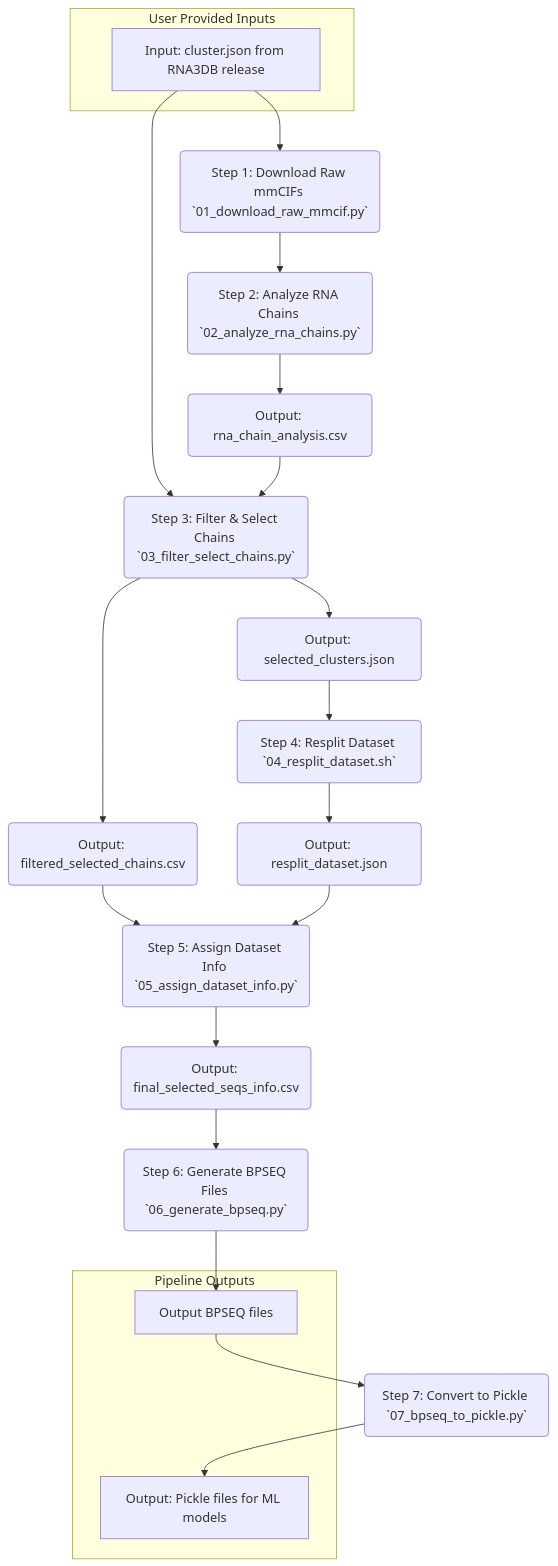
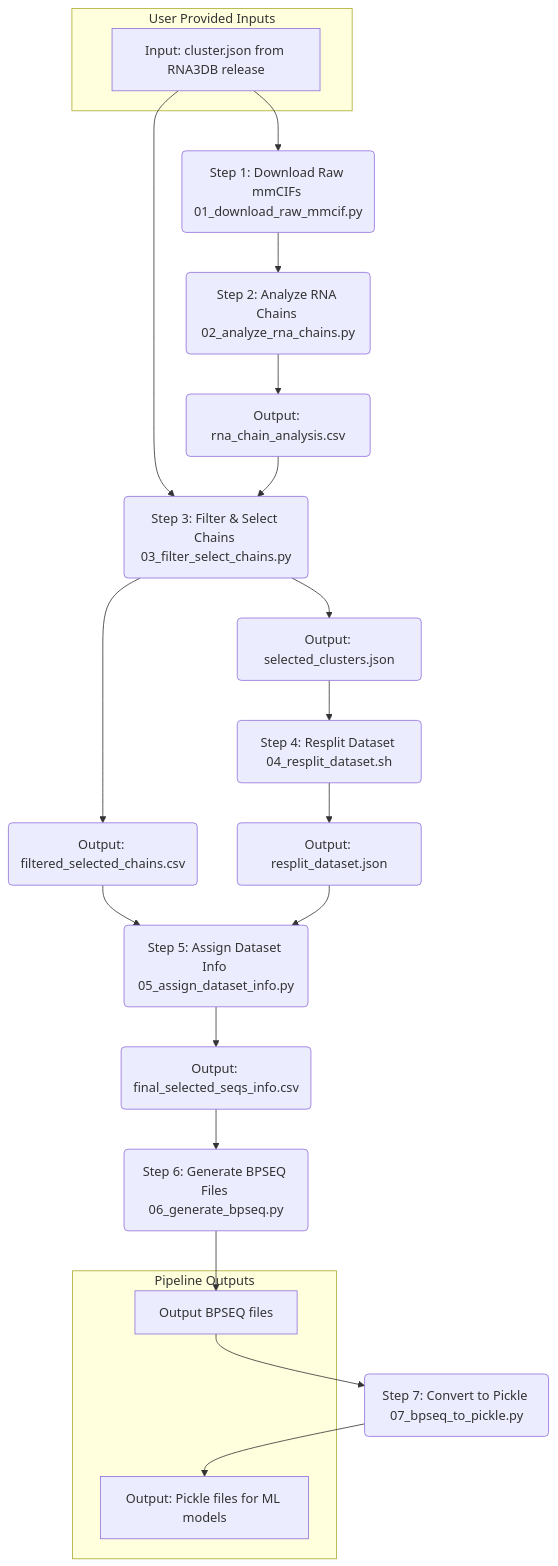
Before and after one commit to ZYZhang17/RNA3DB-2D-Structures: the diagram in README.md, drawn with Mermaid. The commit also changed other lines of this file and 1 other file, not shown here.

Commit message:
250629: update README and requirments

````diff
--- a/README.md
+++ b/README.md
@@ -22,27 +22,27 @@
 ```mermaid
 graph TD
-    A[Input: cluster.json from RNA3DB release] --> B(Step 1: Download Raw mmCIFs `01_download_raw_mmcif.py`);
-    B --> C(Step 2: Analyze RNA Chains `02_analyze_rna_chains.py`);
+    A[Input: cluster.json from RNA3DB release] --> B(Step 1: Download Raw mmCIFs 01_download_raw_mmcif.py);
+    B --> C(Step 2: Analyze RNA Chains 02_analyze_rna_chains.py);
     C --> D(Output: rna_chain_analysis.csv);
-    A --> E(Step 3: Filter & Select Chains `03_filter_select_chains.py`);
+    A --> E(Step 3: Filter & Select Chains 03_filter_select_chains.py);
     D --> E;
     E --> F(Output: filtered_selected_chains.csv);
     E --> G(Output: selected_clusters.json);
-    G --> H(Step 4: Resplit Dataset `04_resplit_dataset.sh`);
+    G --> H(Step 4: Resplit Dataset 04_resplit_dataset.sh);
     H --> I(Output: resplit_dataset.json);
-    F --> J(Step 5: Assign Dataset Info `05_assign_dataset_info.py`);
+    F --> J(Step 5: Assign Dataset Info 05_assign_dataset_info.py);
     I --> J;
     J --> K(Output: final_selected_seqs_info.csv);
-    K --> L(Step 6: Generate BPSEQ Files `06_generate_bpseq.py`);
+    K --> L(Step 6: Generate BPSEQ Files 06_generate_bpseq.py);
     L --> M[Output BPSEQ files];
-    M --> N(Step 7: Convert to Pickle `07_bpseq_to_pickle.py`);
+    M --> N(Step 7: Convert to Pickle 07_bpseq_to_pickle.py);
     N --> O[Output: Pickle files for ML models];  
 
     subgraph "User Provided Inputs"
         A
     end
     subgraph "Pipeline Outputs"
         M
         O
     end
 ```
````
